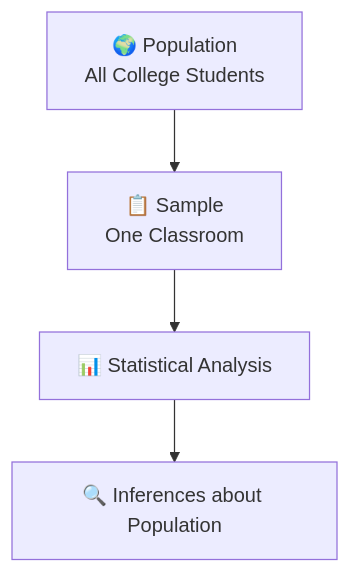
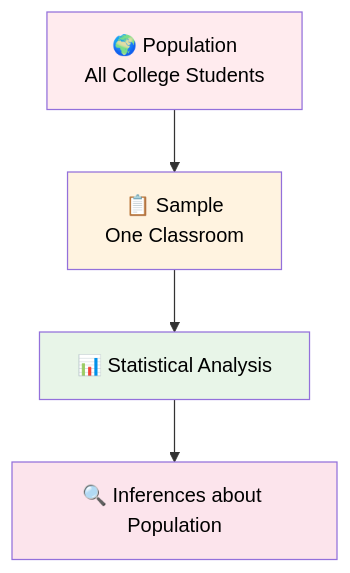
The second of 6 diagrams in README.md (siddharthkumarrai/Statics), drawn with Mermaid before and after one commit. The commit also changed other lines of this file, not shown here.

````diff
--- a/README.md
+++ b/README.md
@@ -65,11 +65,11 @@
 ```mermaid
 graph TD
     A[🌍 Population<br/>All College Students] --> B[📋 Sample<br/>One Classroom]
     B --> C[📊 Statistical Analysis]
     C --> D[🔍 Inferences about Population]
 
-    style A fill:#ffebee color:#000000
-    style B fill:#fff3e0 color:#000000
-    style C fill:#e8f5e8 color:#000000
-    style D fill:#fce4ec color:#000000
+    style A fill:#ffebee,color:#000
+    style B fill:#fff3e0,color:#000
+    style C fill:#e8f5e8,color:#000
+    style D fill:#fce4ec,color:#000
 ```
````
